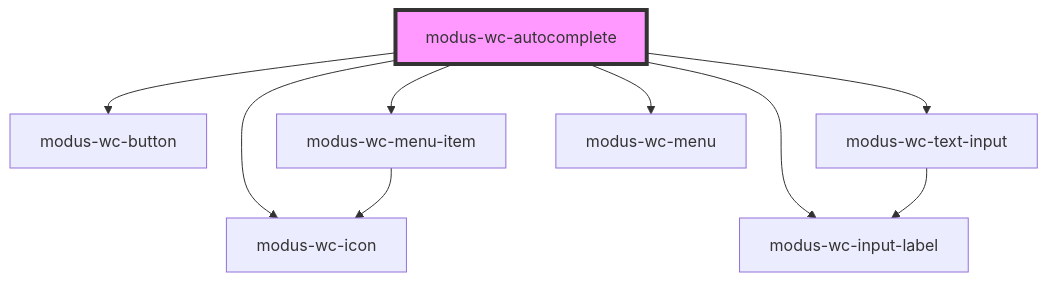
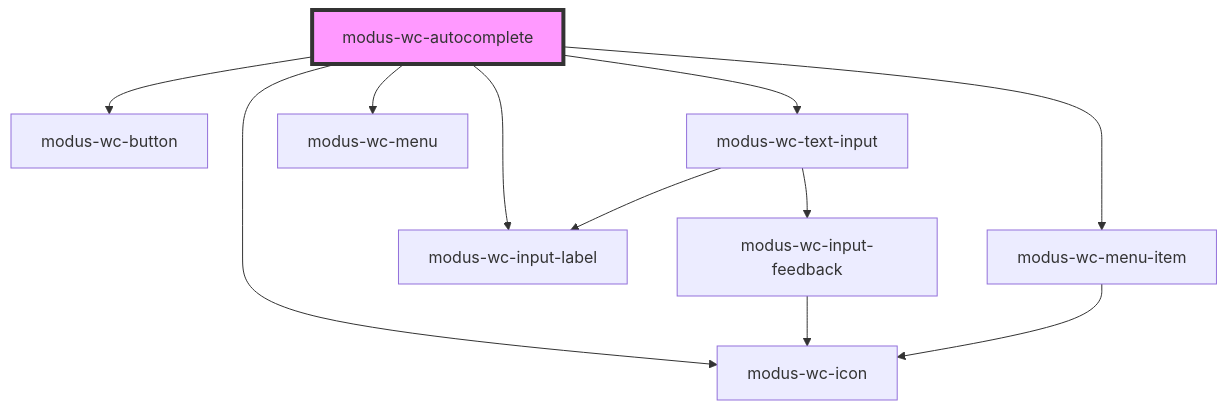
Before and after one commit to trimble-oss/modus-wc-2.0: the diagram in src/components/modus-wc-autocomplete/readme.md, drawn with Mermaid. The commit also changed 12 other files, not shown here.

Commit message:
feat: add input-feedback to text-input

````diff
--- a/src/components/modus-wc-autocomplete/readme.md
+++ b/src/components/modus-wc-autocomplete/readme.md
@@ -59,12 +59,14 @@
 ```mermaid
 graph TD;
   modus-wc-autocomplete --> modus-wc-button
   modus-wc-autocomplete --> modus-wc-icon
   modus-wc-autocomplete --> modus-wc-text-input
   modus-wc-autocomplete --> modus-wc-menu-item
   modus-wc-autocomplete --> modus-wc-input-label
   modus-wc-autocomplete --> modus-wc-menu
   modus-wc-text-input --> modus-wc-input-label
+  modus-wc-text-input --> modus-wc-input-feedback
+  modus-wc-input-feedback --> modus-wc-icon
   modus-wc-menu-item --> modus-wc-icon
   style modus-wc-autocomplete fill:#f9f,stroke:#333,stroke-width:4px
 ```
````
